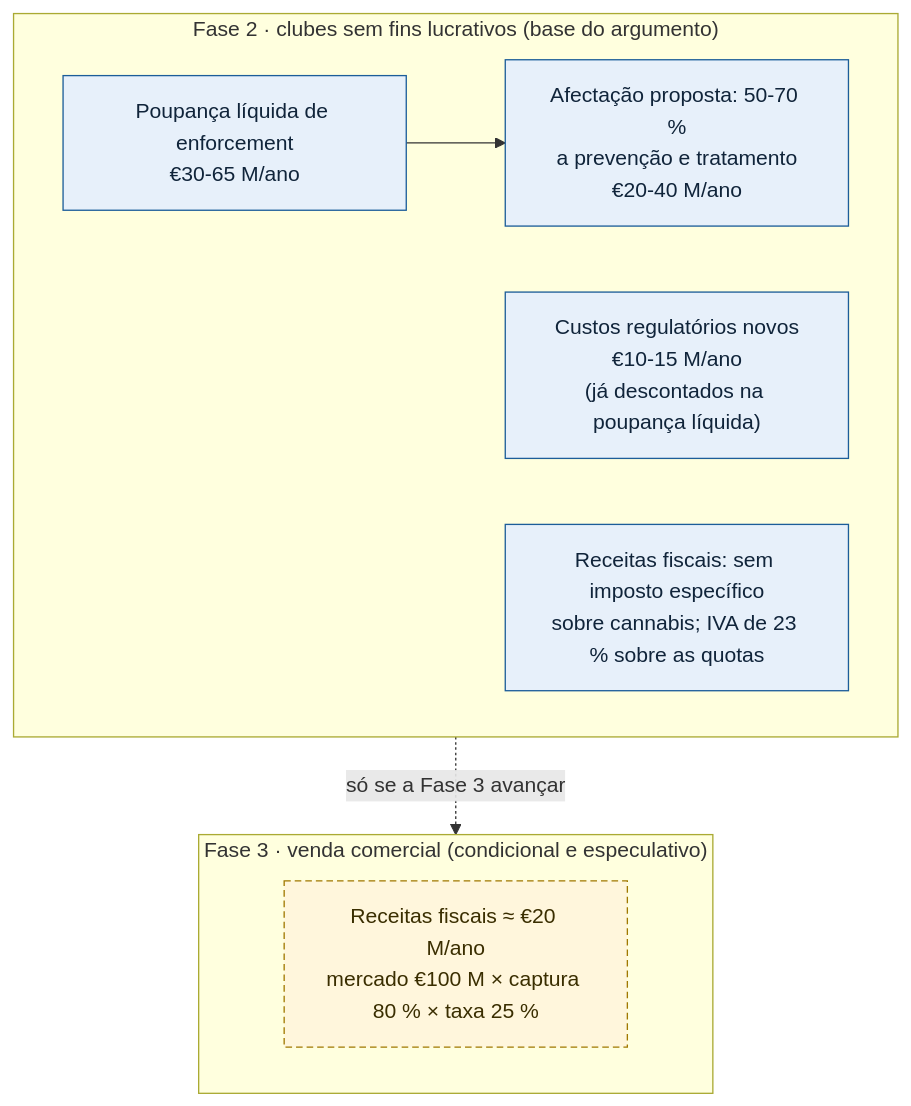
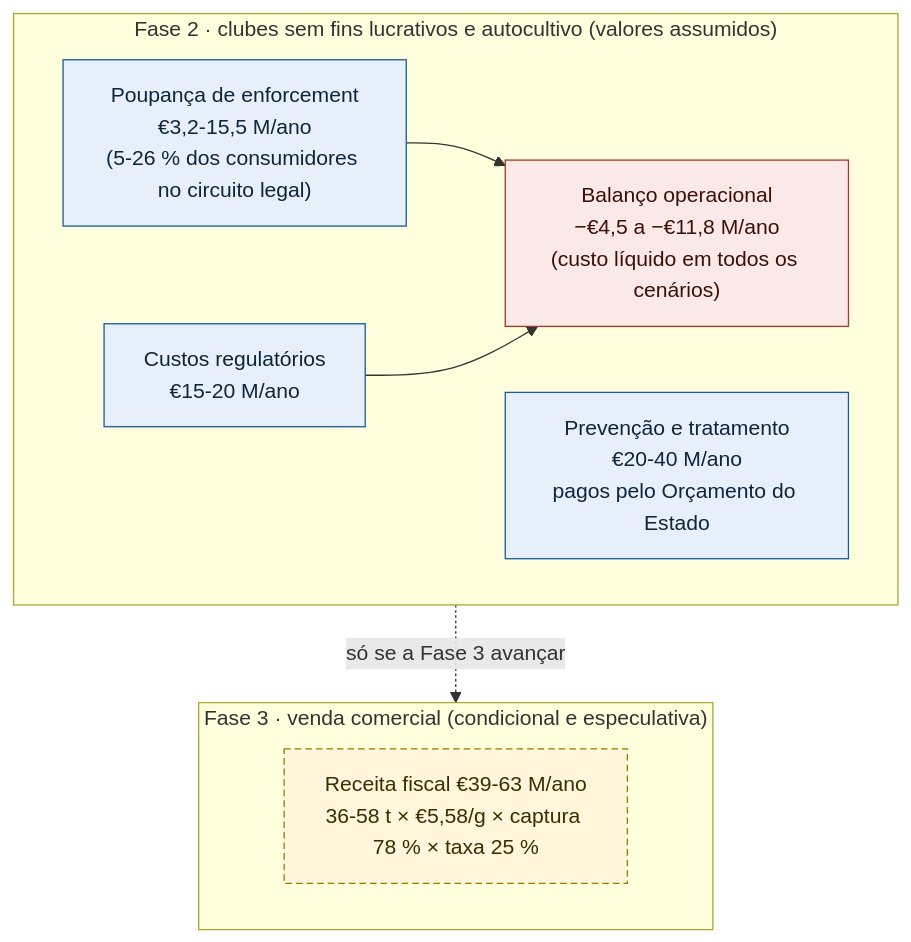
One commit to bcamarneiro/cannabis-legalization changed the diagram in assets/diagrams/balanco-fiscal.mmd. Above: the diagram before and after it, drawn with Mermaid. The commit also changed 31 other files, not shown here.

```diff
--- a/assets/diagrams/balanco-fiscal.mmd
+++ b/assets/diagrams/balanco-fiscal.mmd
@@ -1,16 +1,18 @@
 flowchart TB
-    subgraph F2["Fase 2 · clubes sem fins lucrativos (base do argumento)"]
+    subgraph F2["Fase 2 · clubes sem fins lucrativos e autocultivo (valores assumidos)"]
         direction LR
-        S["Poupança líquida de enforcement<br/>€30-65 M/ano"] --> U["Afectação proposta: 50-70 %<br/>a prevenção e tratamento<br/>€20-40 M/ano"]
-        C["Custos regulatórios novos<br/>€10-15 M/ano<br/>(já descontados na poupança líquida)"]
-        R["Receitas fiscais: sem imposto específico<br/>sobre cannabis; IVA de 23 % sobre as quotas"]
+        S["Poupança de enforcement<br/>€3,2-15,5 M/ano<br/>(5-26 % dos consumidores no circuito legal)"] --> B["Balanço operacional<br/>−€4,5 a −€11,8 M/ano<br/>(custo líquido em todos os cenários)"]
+        C["Custos regulatórios<br/>€15-20 M/ano"] --> B
+        P["Prevenção e tratamento<br/>€20-40 M/ano<br/>pagos pelo Orçamento do Estado"]
     end
-    subgraph F3["Fase 3 · venda comercial (condicional e especulativo)"]
-        T["Receitas fiscais ≈ €20 M/ano<br/>mercado €100 M × captura 80 % × taxa 25 %"]
+    subgraph F3["Fase 3 · venda comercial (condicional e especulativa)"]
+        T["Receita fiscal €39-63 M/ano<br/>36-58 t × €5,58/g × captura 78 % × taxa 25 %"]
     end
     F2 -. "só se a Fase 3 avançar" .-> F3
 
     classDef base fill:#e7f0fa,stroke:#1c5d99,color:#10243a
+    classDef neg fill:#fbe9e7,stroke:#a33a2a,color:#3a1009
     classDef cond fill:#fff6dc,stroke:#a07800,color:#3a2e00,stroke-dasharray:5 3
-    class R,C,S,U base
+    class S,C,P base
+    class B neg
     class T cond
```
